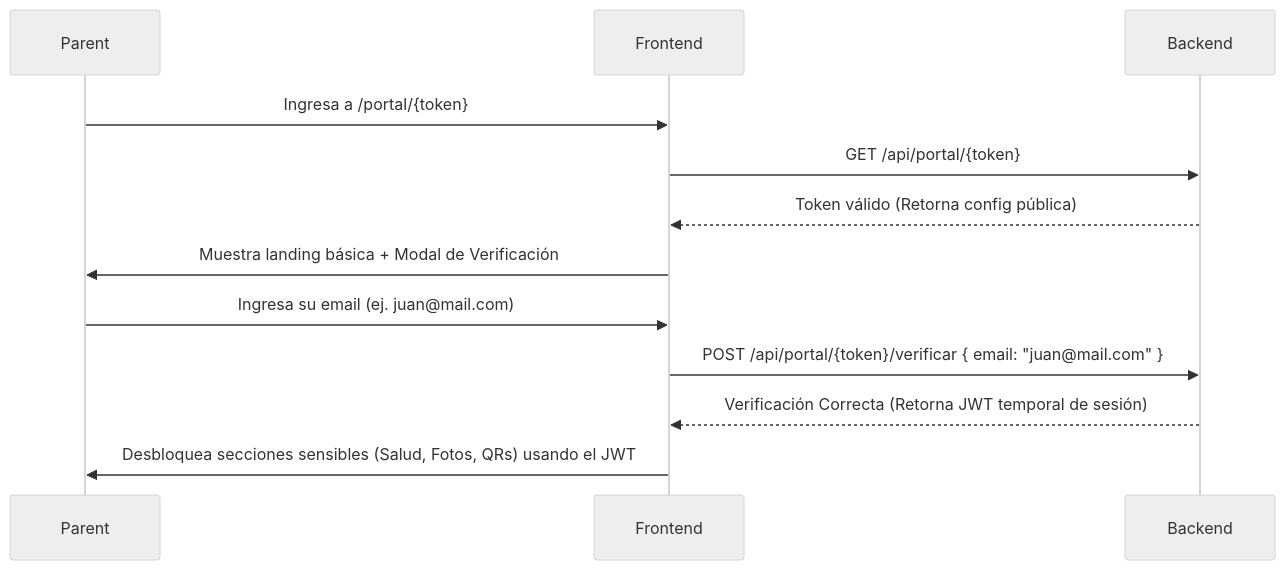
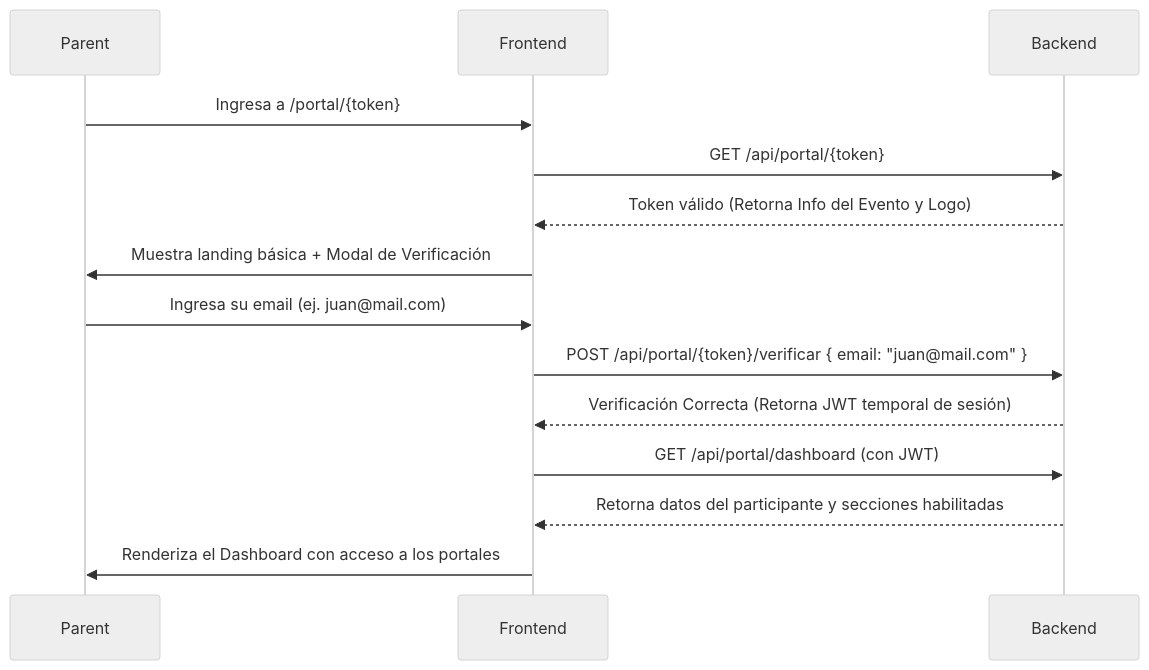
The second of 2 diagrams in CodigoFuente/antenas/FrontEnd/eventiaapp/documentos/plan_implementacion_portal_padres.md (gabulopezmdq-ui/Eventia), drawn with Mermaid (neutral theme) before and after one commit. The commit also changed other lines of this file and 2 other files, not shown here.

````diff
--- a/CodigoFuente/antenas/FrontEnd/eventiaapp/documentos/plan_implementacion_portal_padres.md
+++ b/CodigoFuente/antenas/FrontEnd/eventiaapp/documentos/plan_implementacion_portal_padres.md
@@ -171,11 +171,13 @@
 ```mermaid
 sequenceDiagram
     Parent->>Frontend: Ingresa a /portal/{token}
     Frontend->>Backend: GET /api/portal/{token}
-    Backend-->>Frontend: Token válido (Retorna config pública)
+    Backend-->>Frontend: Token válido (Retorna Info del Evento y Logo)
     Frontend->>Parent: Muestra landing básica + Modal de Verificación
     Parent->>Frontend: Ingresa su email (ej. juan@mail.com)
     Frontend->>Backend: POST /api/portal/{token}/verificar { email: "juan@mail.com" }
     Backend-->>Frontend: Verificación Correcta (Retorna JWT temporal de sesión)
-    Frontend->>Parent: Desbloquea secciones sensibles (Salud, Fotos, QRs) usando el JWT
+    Frontend->>Backend: GET /api/portal/dashboard (con JWT)
+    Backend-->>Frontend: Retorna datos del participante y secciones habilitadas
+    Frontend->>Parent: Renderiza el Dashboard con acceso a los portales
 ```
````
